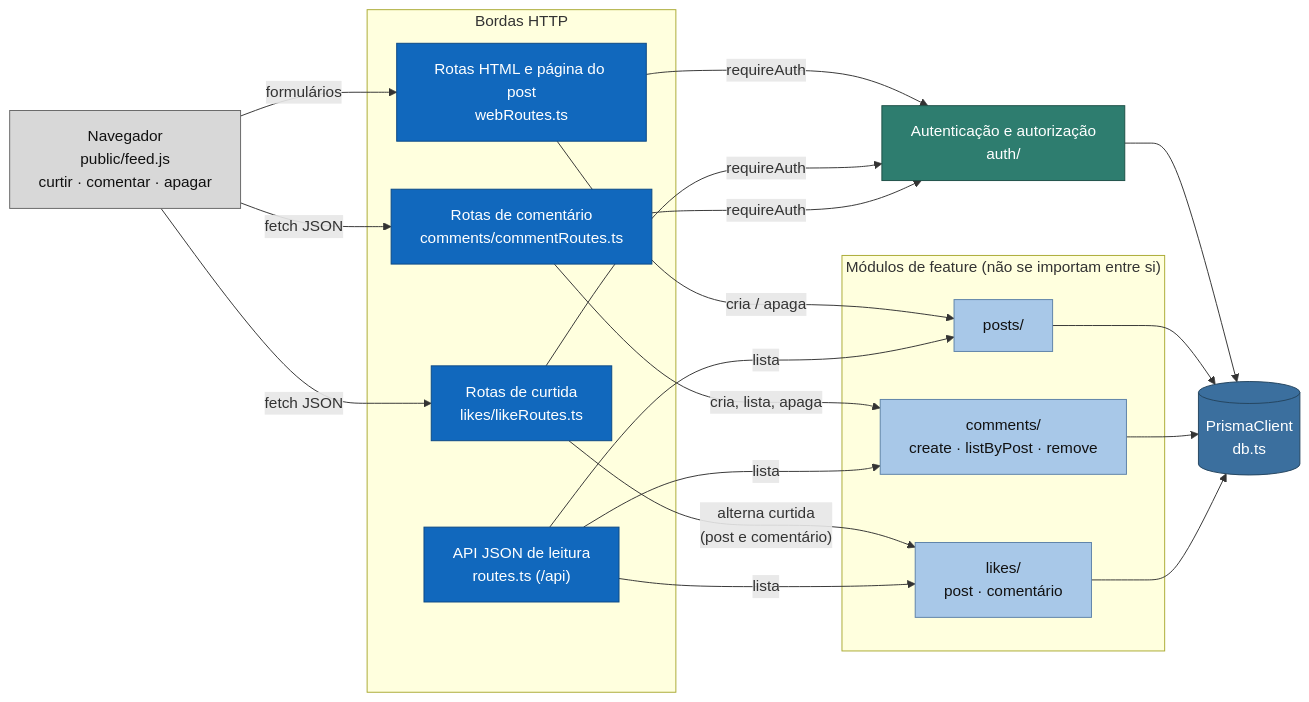
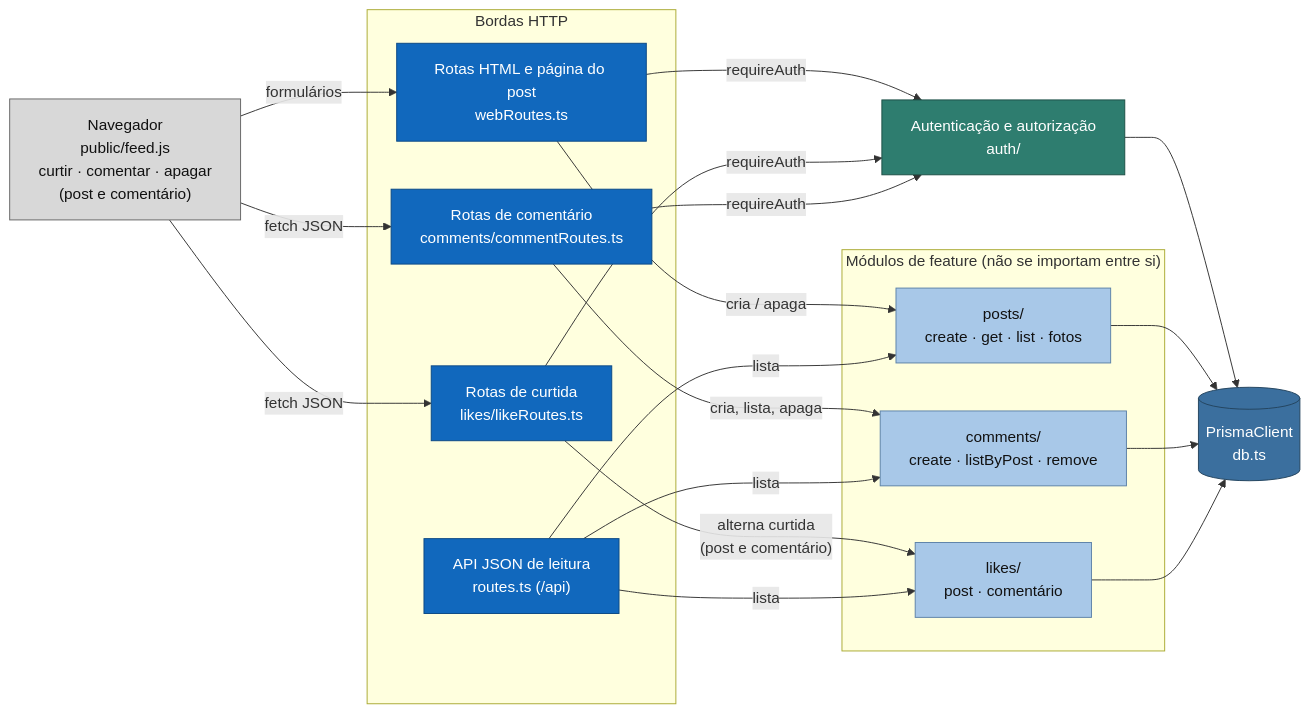
The third of 4 diagrams in docs/arquitetura/c4.md (robertoSilva-ux/redesocial), drawn with Mermaid before and after one commit. The commit also changed other lines of this file and 21 other files, not shown here.

````diff
--- a/docs/arquitetura/c4.md
+++ b/docs/arquitetura/c4.md
@@ -90,45 +90,45 @@
 ```mermaid
 flowchart LR
-  nav["Navegador<br/>public/feed.js<br/>curtir · comentar · apagar"]:::externo
+  nav["Navegador<br/>public/feed.js<br/>curtir · comentar · apagar<br/>(post e comentário)"]:::externo
 
   subgraph bordas["Bordas HTTP"]
     web["Rotas HTML e página do post<br/>webRoutes.ts"]
     inter["Rotas de curtida<br/>likes/likeRoutes.ts"]
     com["Rotas de comentário<br/>comments/commentRoutes.ts"]:::borda
     api["API JSON de leitura<br/>routes.ts (/api)"]
   end
 
   subgraph modulos["Módulos de feature (não se importam entre si)"]
-    posts["posts/"]
+    posts["posts/<br/>create · get · list · fotos"]
     comments["comments/<br/>create · listByPost · remove"]
     likes["likes/<br/>post · comentário"]
   end
 
   auth["Autenticação e autorização<br/>auth/"]:::transversal
   db[("PrismaClient<br/>db.ts")]:::dados
 
   nav -->|"formulários"| web
   nav -->|"fetch JSON"| inter
   nav -->|"fetch JSON"| com
   web -->|"requireAuth"| auth
   inter -->|"requireAuth"| auth
   com -->|"requireAuth"| auth
   web -->|"cria / apaga"| posts
   inter -->|"alterna curtida<br/>(post e comentário)"| likes
   com -->|"cria, lista, apaga"| comments
   api -->|"lista"| posts
   api -->|"lista"| comments
   api -->|"lista"| likes
   auth --> db
   posts --> db
   comments --> db
   likes --> db
 
   classDef externo fill:#d8d8d8,stroke:#666,color:#111
   classDef borda fill:#1168bd,stroke:#0b4884,color:#fff
   classDef modulo fill:#a8c8e8,stroke:#5d82a8,color:#111
   classDef transversal fill:#2e7d6f,stroke:#1d4f46,color:#fff
   classDef dados fill:#3b6f9e,stroke:#24445f,color:#fff
   class web,inter,api borda
   class posts,comments,likes modulo
 ```
````
